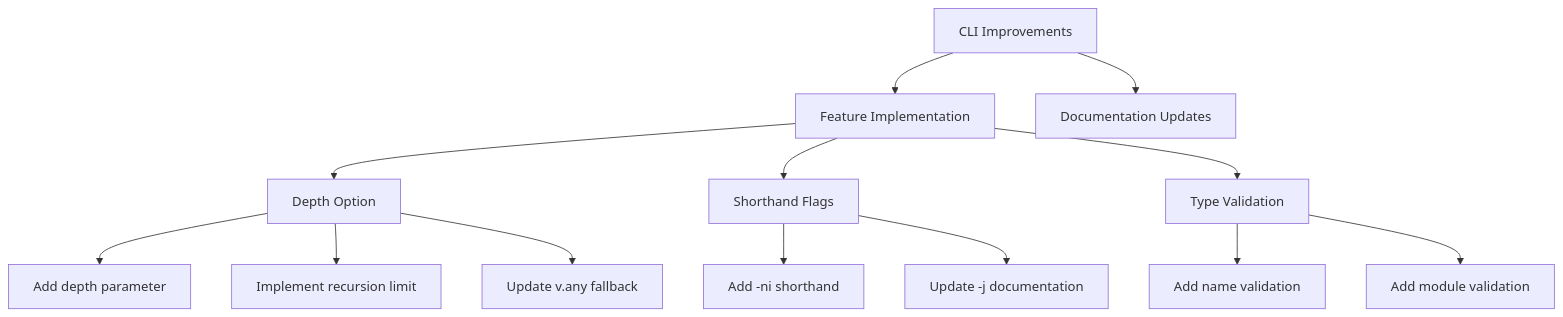
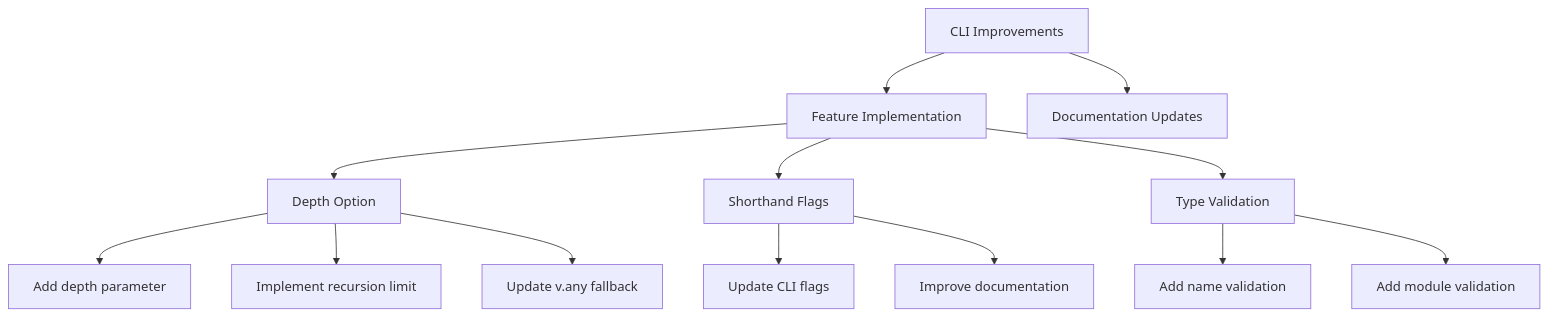
One commit to MH4GF/json-schema-to-valibot changed the second of 2 diagrams in memory-bank/activeContext.md. Above: the diagram before and after it, drawn with Mermaid. The commit also changed other lines of this file and 3 other files, not shown here.

````diff
--- a/memory-bank/activeContext.md
+++ b/memory-bank/activeContext.md
@@ -25,19 +25,19 @@
 ```mermaid
 flowchart TD
     A[CLI Improvements] --> B[Feature Implementation]
     A --> C[Documentation Updates]
     
     B --> D[Depth Option]
     B --> E[Shorthand Flags]
     B --> F[Type Validation]
     
     D --> D1[Add depth parameter]
     D --> D2[Implement recursion limit]
     D --> D3[Update v.any fallback]
     
-    E --> E1[Add -ni shorthand]
-    E --> E2[Update -j documentation]
+    E --> E1[Update CLI flags]
+    E --> E2[Improve documentation]
     
     F --> F1[Add name validation]
     F --> F2[Add module validation]
 ```
````
